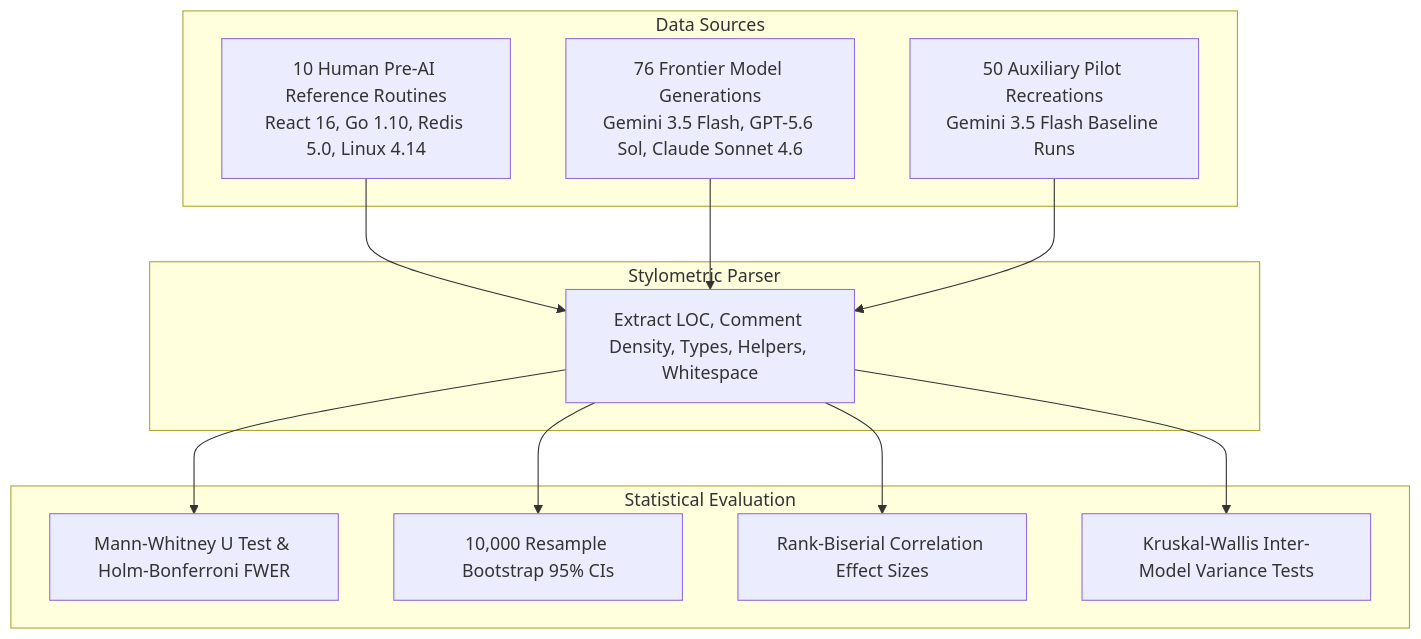
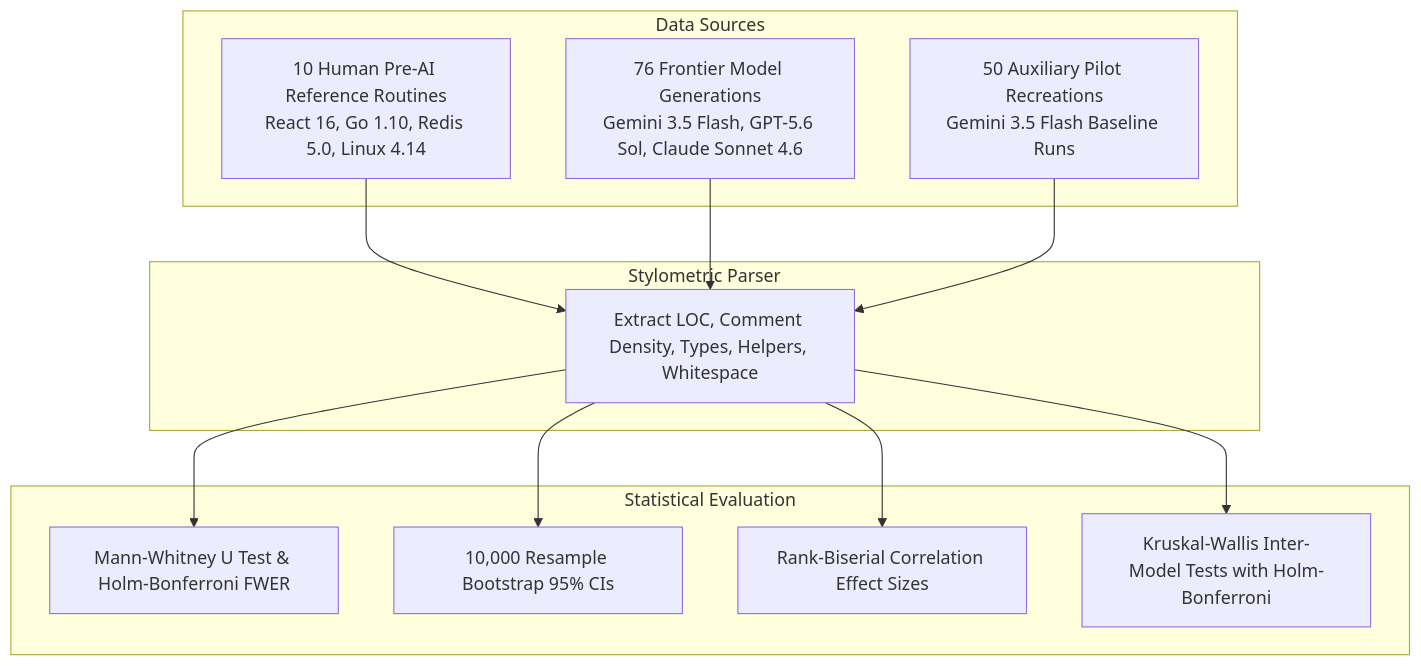
Before and after one commit to local-over/ai-code-stylometrics-study: the diagram in paper/research_paper.md, drawn with Mermaid. The commit also changed other lines of this file and 3 other files, not shown here.

Commit message:
Completed consolidated punch list: Per-model narrow task testing (Gemini/GPT/Claude), Holm-Bonferroni on Kruskal-Wallis, Matplotlib Figure 1 chart, and Section 7 footnote

````diff
--- a/paper/research_paper.md
+++ b/paper/research_paper.md
@@ -21,27 +21,27 @@
 ```mermaid
 flowchart TD
     subgraph Data Sources
         H[10 Human Pre-AI Reference Routines\nReact 16, Go 1.10, Redis 5.0, Linux 4.14]
         F[76 Frontier Model Generations\nGemini 3.5 Flash, GPT-5.6 Sol, Claude Sonnet 4.6]
         A[50 Auxiliary Pilot Recreations\nGemini 3.5 Flash Baseline Runs]
     end
 
     subgraph Stylometric Parser
         P[Extract LOC, Comment Density, Types, Helpers, Whitespace]
     end
 
     subgraph Statistical Evaluation
         M[Mann-Whitney U Test & Holm-Bonferroni FWER]
         B[10,000 Resample Bootstrap 95% CIs]
         E[Rank-Biserial Correlation Effect Sizes]
-        K[Kruskal-Wallis Inter-Model Variance Tests]
+        K[Kruskal-Wallis Inter-Model Tests with Holm-Bonferroni]
     end
 
     H --> P
     F --> P
     A --> P
     P --> M
     P --> B
     P --> E
     P --> K
 ```
````
